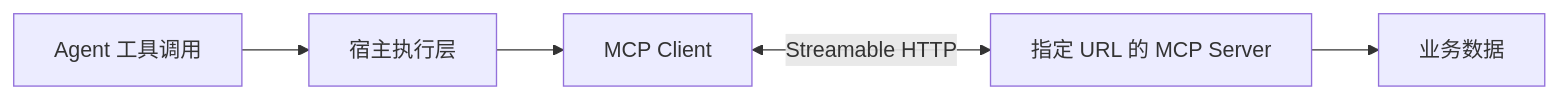
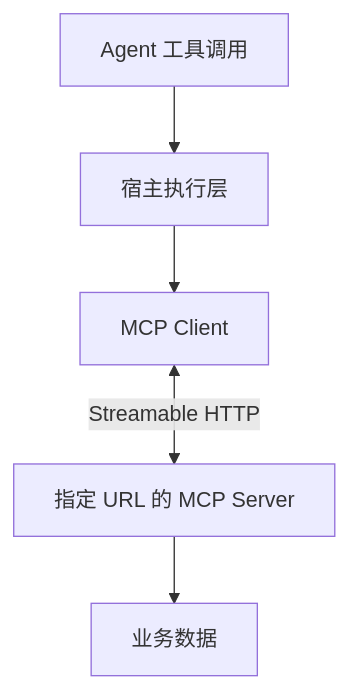
Before and after one commit to owen1699/ai-notes: the second of 5 diagrams in wiki/2026-11-02-Agent与MCP接入原理.md, drawn with Mermaid. The commit also changed other lines of this file and 5 other files, not shown here.

````diff
--- a/wiki/2026-11-02-Agent与MCP接入原理.md
+++ b/wiki/2026-11-02-Agent与MCP接入原理.md
@@ -186,7 +200,7 @@
 ```mermaid
-flowchart LR
+flowchart TD
     A[Agent 工具调用] --> H[宿主执行层]
     H --> C[MCP Client]
     C <-->|Streamable HTTP| R[指定 URL 的 MCP Server]
     R --> D[业务数据]
 ```
````
